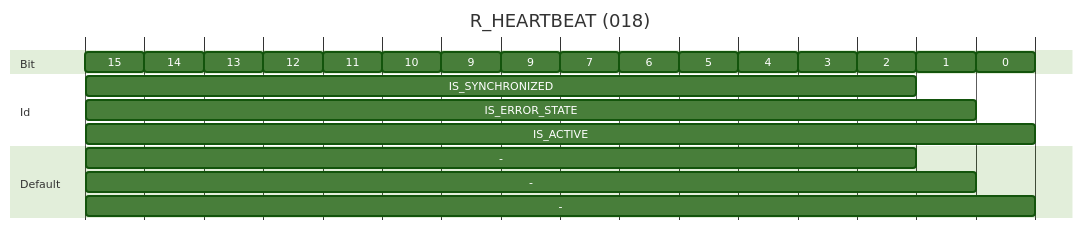
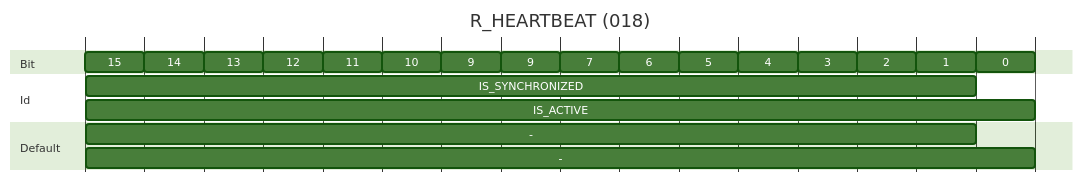
The ninth of 9 diagrams in Device.md (harp-tech/protocol), drawn with Mermaid (forest theme) before and after one commit. The commit also changed other lines of this file, not shown here.

Commit message:
Remove error bit from proposal

````diff
--- a/Device.md
+++ b/Device.md
@@ -436,37 +437,35 @@
 ```mermaid
 ---
 displayMode: compact
 ---
 gantt
     title R_HEARTBEAT (018)
     dateFormat X
     axisFormat %
 
     section Bit
     15      :bit15, 0, 1
     14      :bit14, after bit15  , 2
     13      :bit13, after bit14  , 3
     12      :bit12, after bit13  , 4
     11      :bit11, after bit12  , 5
     10     :bit10, after bit11  , 6
     9      :bit9, after bit10  , 7
     9      :bit8, after bit9  , 8
     7      :bit7, after bit8  , 9
     6      :bit6, after bit7  , 10
     5      :bit5, after bit6  , 11
     4      :bit4, after bit5  , 12
     3      :bit3, after bit4  , 13
     2      :bit2, after bit3  , 14
     1      :bit1, after bit2  , 15
     0      :bit0, after bit1  , 16
 
     section Id
     IS_ACTIVE      :id0, 15, 16
-    IS_ERROR_STATE      :id1, 14, 15
-    IS_SYNCHRONIZED      :id2, 13, 14
+    IS_SYNCHRONIZED      :id1, 14, 15
 
     section Default
     -      :d7, 15, 16
     -      :d6, 14  , 15
-    -      :d5, 13  , 14
 ```
````
